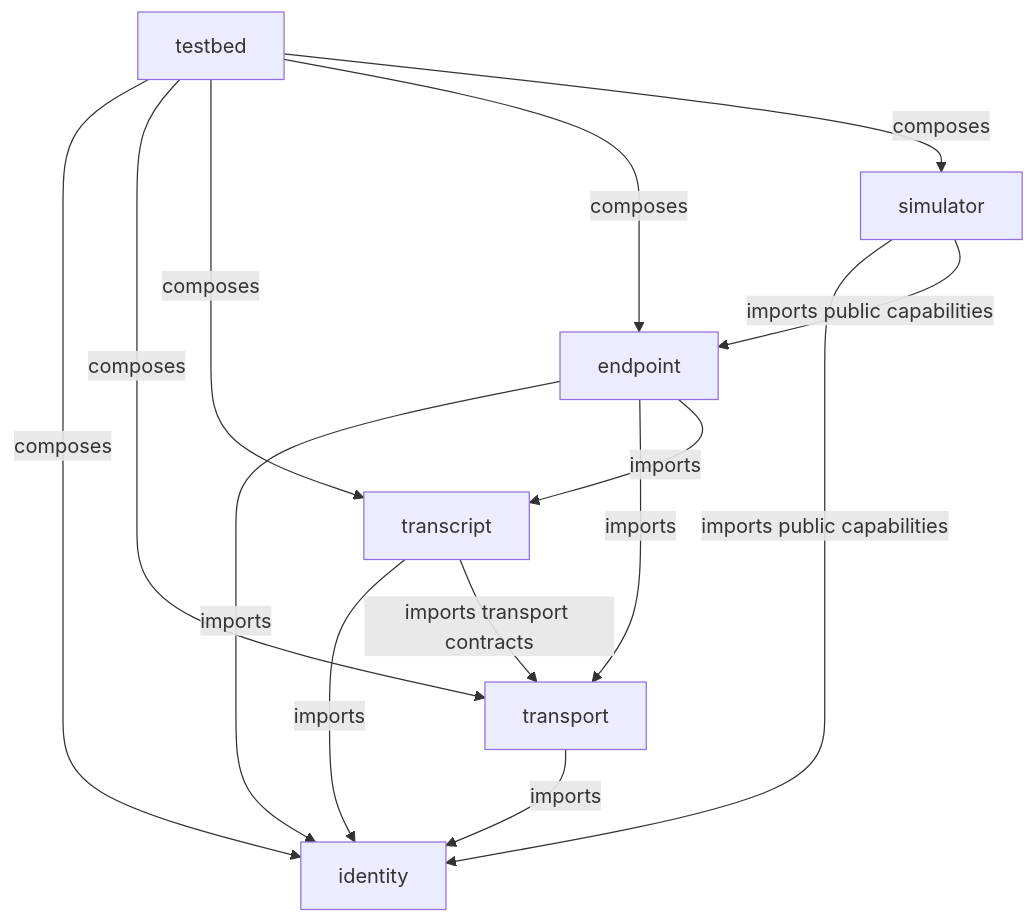
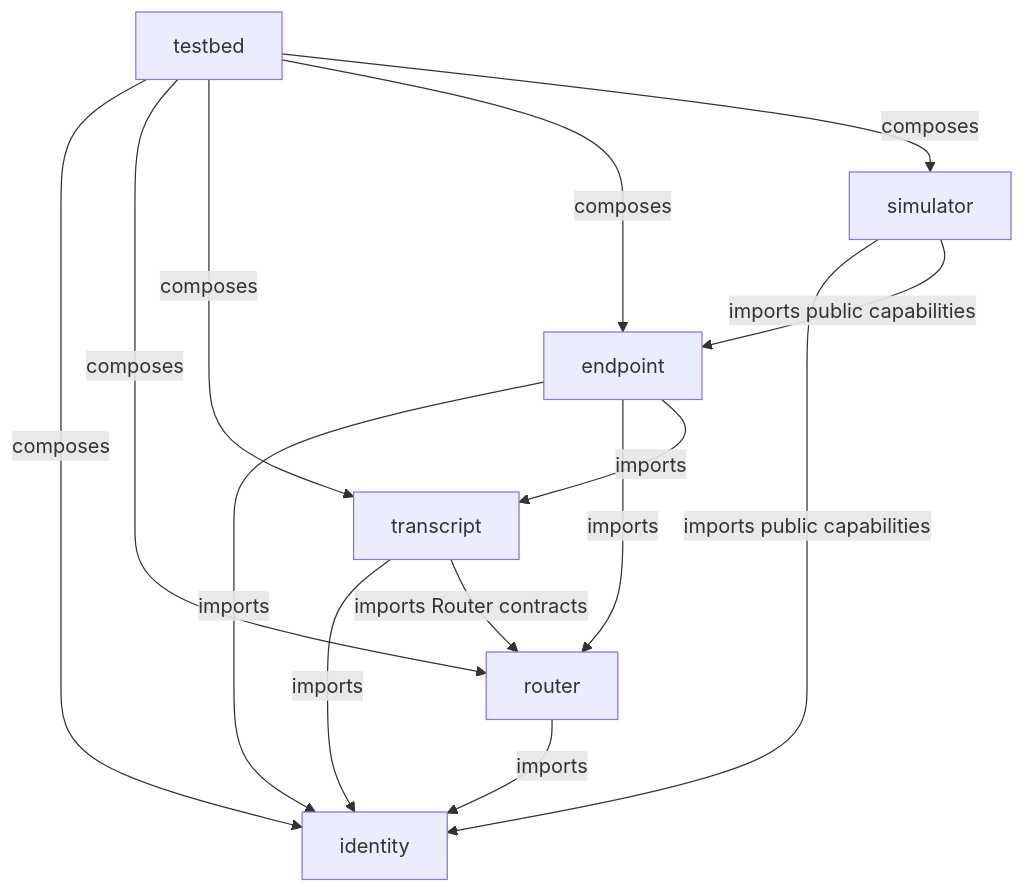
Before and after one commit to chughtapan/moltzap: the second of 3 diagrams in docs/architecture/components.md, drawn with Mermaid. The commit also changed other lines of this file and 46 other files, not shown here.

````diff
--- a/docs/architecture/components.md
+++ b/docs/architecture/components.md
@@ -99,23 +99,23 @@
 ```mermaid
 flowchart TB
   ID[identity]
-  TR[transport]
+  TR[router]
   TS[transcript]
   EP[endpoint]
   SI[simulator]
   TB[testbed]
 
   TR -- imports --> ID
   TS -- imports --> ID
-  TS -- "imports transport contracts" --> TR
+  TS -- "imports Router contracts" --> TR
   EP -- imports --> ID
   EP -- imports --> TR
   EP -- imports --> TS
   SI -- "imports public capabilities" --> ID
   SI -- "imports public capabilities" --> EP
   TB -- composes --> ID
   TB -- composes --> TR
   TB -- composes --> TS
   TB -- composes --> EP
   TB -- composes --> SI
 ```
````
